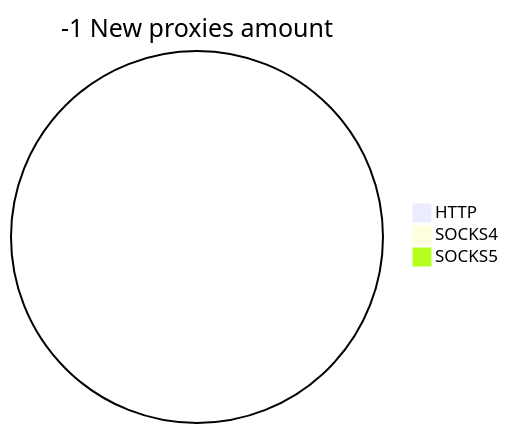
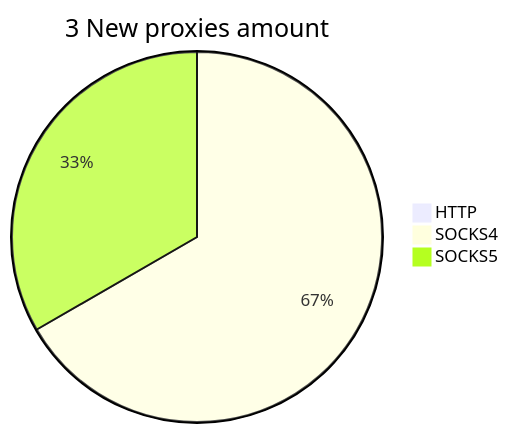
Before and after one commit to cutipu/proxylist: the second of 2 diagrams in README.md, drawn with Mermaid. The commit also changed other lines of this file, not shown here.

````diff
--- a/README.md
+++ b/README.md
@@ -10,6 +10,6 @@
 ```mermaid
-pie title -1 New proxies amount
+pie title 3 New proxies amount
     "HTTP" : 0
-    "SOCKS4" : 0
-    "SOCKS5" : 0
+    "SOCKS4" : 2
+    "SOCKS5" : 1
 ```
````
